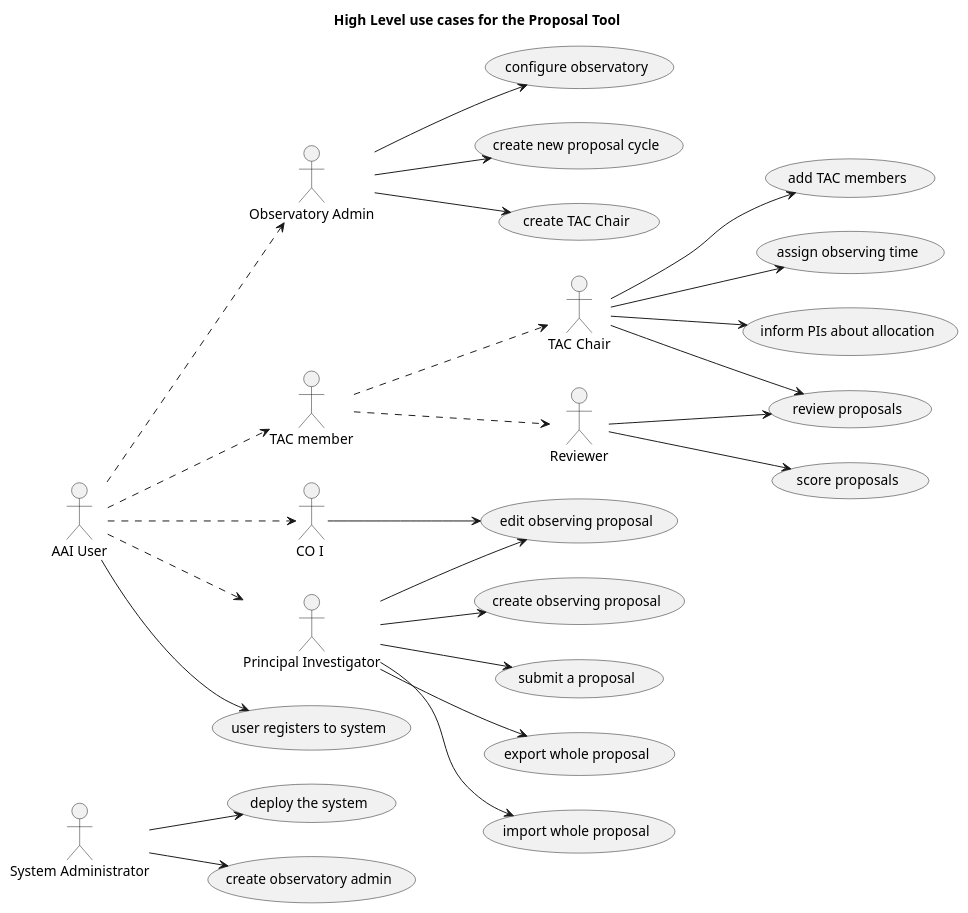
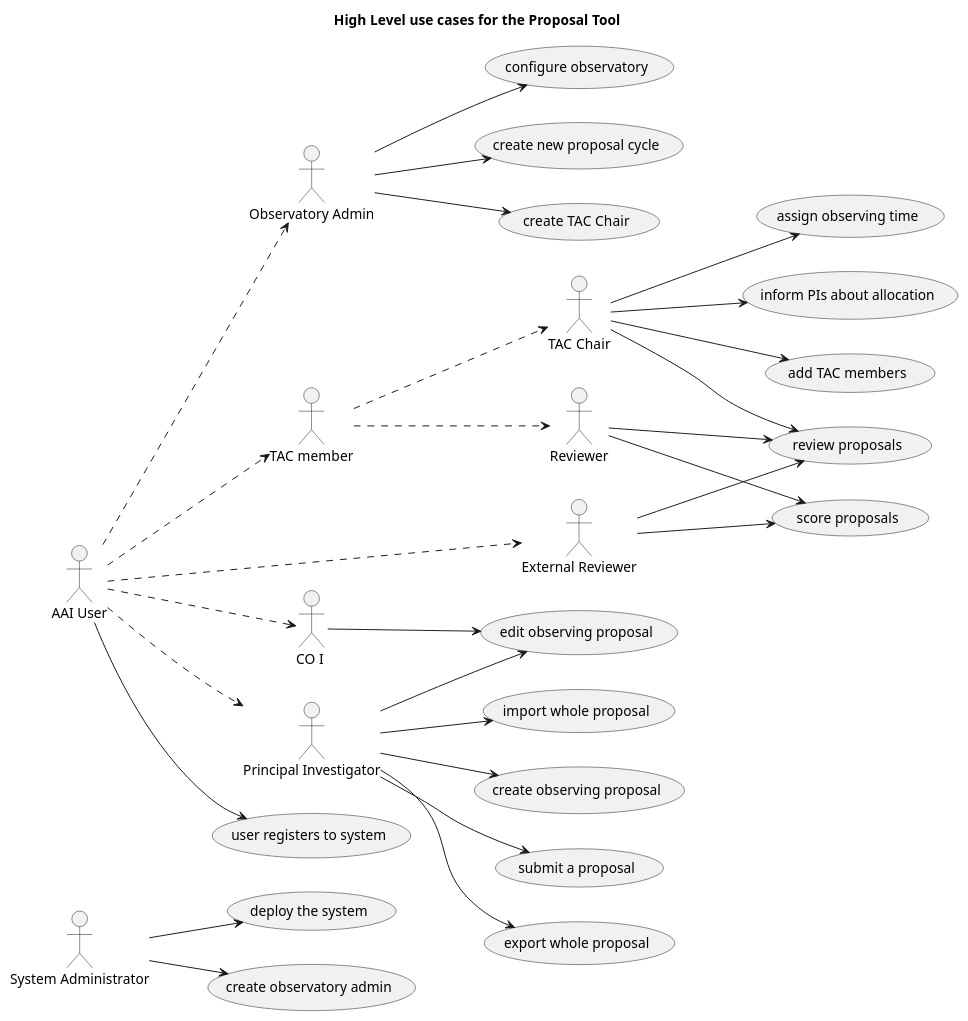
One commit to orppst/guide changed the diagram in docs/Developer/use-cases.md. Above: the diagram before and after it, drawn with PlantUML. The commit also changed other lines of this file and 1 other file, not shown here.

Commit message:
Make the possibility of external reviewer clearer

````diff
--- a/docs/Developer/use-cases.md
+++ b/docs/Developer/use-cases.md
@@ -12,52 +12,56 @@
 ```plantuml
 left to right direction
 title High Level use cases for the Proposal Tool
 actor :System Administrator: as sysadmin
 actor :AAI User: as user
 actor :Observatory Admin: as obsadmin
 actor :TAC member: as tacmem
 actor :TAC Chair: as tacchair
 actor :Reviewer: as rev
+actor :External Reviewer: as extrev
 actor :CO I : as coi
 actor :Principal Investigator: as pi
 usecase "deploy the system" as UC0
 usecase "user registers to system" as UC1
 usecase  "create observatory admin" as UC2
 usecase  "configure observatory" as UC3
 usecase "create new proposal cycle" as UC4
 usecase "create observing proposal" as UC5
 usecase "edit observing proposal" as UC6
 usecase "submit a proposal" as UC7
 usecase "create TAC Chair" as UC8
 usecase "add TAC members" as UC9
 usecase "review proposals" as UC10
 usecase "score proposals" as UC11
 usecase "assign observing time" as UC12
 usecase "inform PIs about allocation" as UC13
 usecase "export whole proposal" as UC14
 usecase "import whole proposal" as UC15
 sysadmin --> UC0
 sysadmin --> UC2
 user --> UC1
 obsadmin --> UC3
 obsadmin --> UC4
 user ..>pi
 user ..>coi
+user ..>extrev
 user ..>tacmem
 user ..>obsadmin
 tacmem ..>rev
 tacmem ..>tacchair
 pi-->UC5
 coi-->UC6
 pi-->UC6
 pi-->UC7
 pi-->UC14
 pi--> UC15
 obsadmin-->UC8
 tacchair-->UC9
 tacchair-->UC10
 tacchair-->UC12
 tacchair-->UC13
 rev-->UC10
 rev-->UC11
+extrev -->UC10
+extrev -->UC11
 ```
````
